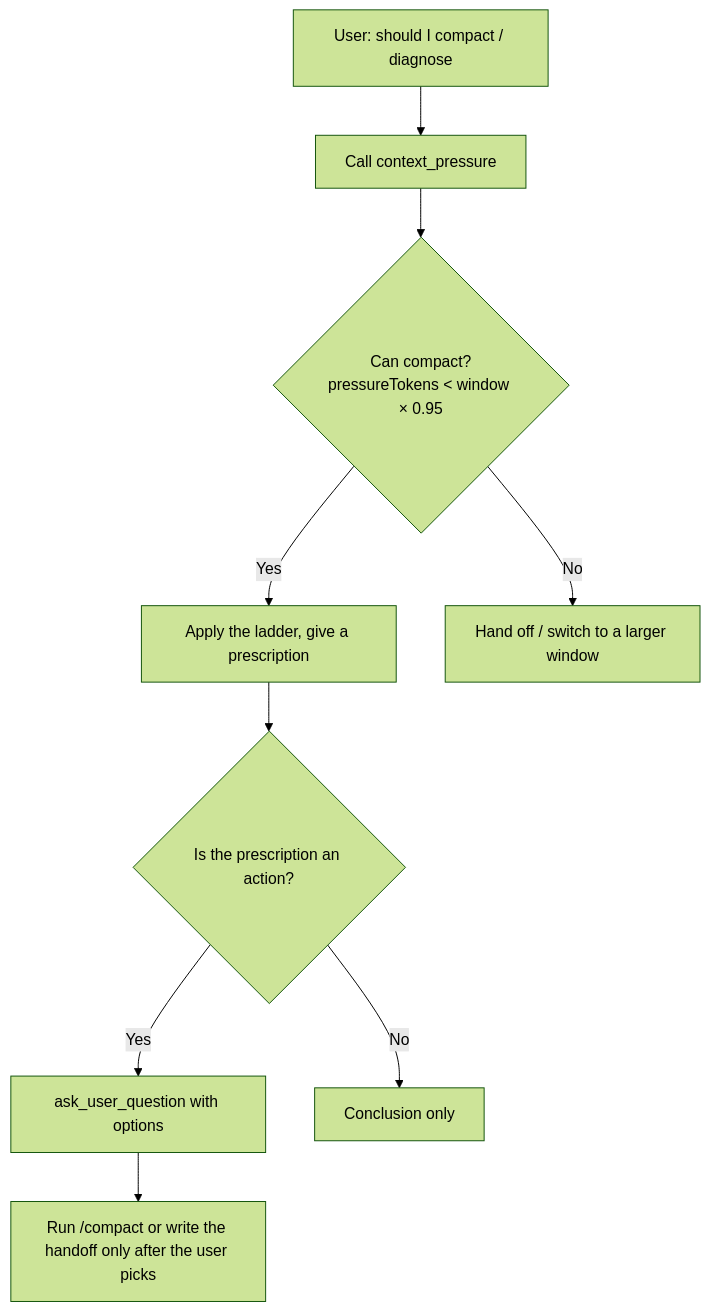
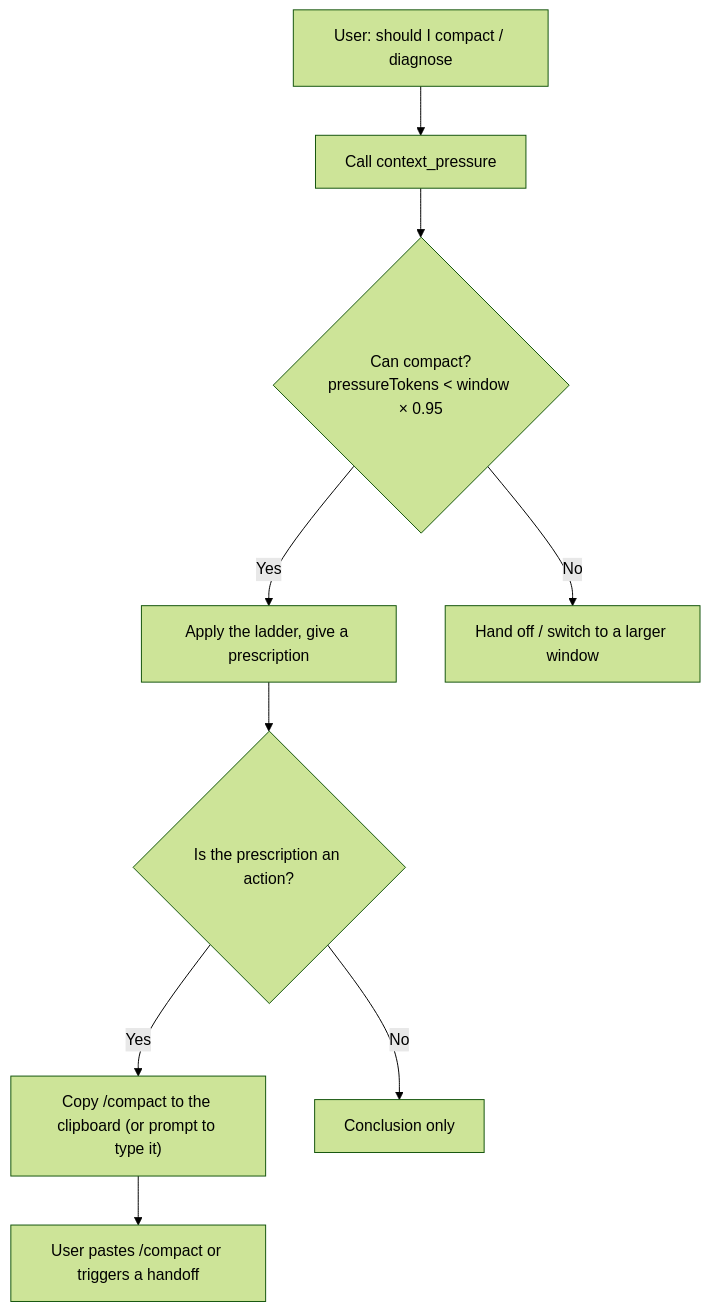
One commit to OnebugIS/dsh-context-ops changed the second of 2 diagrams in README.en.md. Above: the diagram before and after it, drawn with Mermaid (forest theme). The commit also changed other lines of this file and 4 other files, not shown here.

````diff
--- a/README.en.md
+++ b/README.en.md
@@ -203,11 +203,11 @@
 ```mermaid
 flowchart TD
     A["User: should I compact / diagnose"] --> B["Call context_pressure"]
     B --> C{"Can compact?<br/>pressureTokens < window × 0.95"}
     C -- Yes --> D["Apply the ladder, give a prescription"]
     C -- No --> E["Hand off / switch to a larger window"]
     D --> F{"Is the prescription an action?"}
-    F -- Yes --> G["ask_user_question with options"]
+    F -- Yes --> G["Copy /compact to the clipboard (or prompt to type it)"]
     F -- No --> H["Conclusion only"]
-    G --> I["Run /compact or write the handoff only after the user picks"]
+    G --> I["User pastes /compact or triggers a handoff"]
 ```
````
